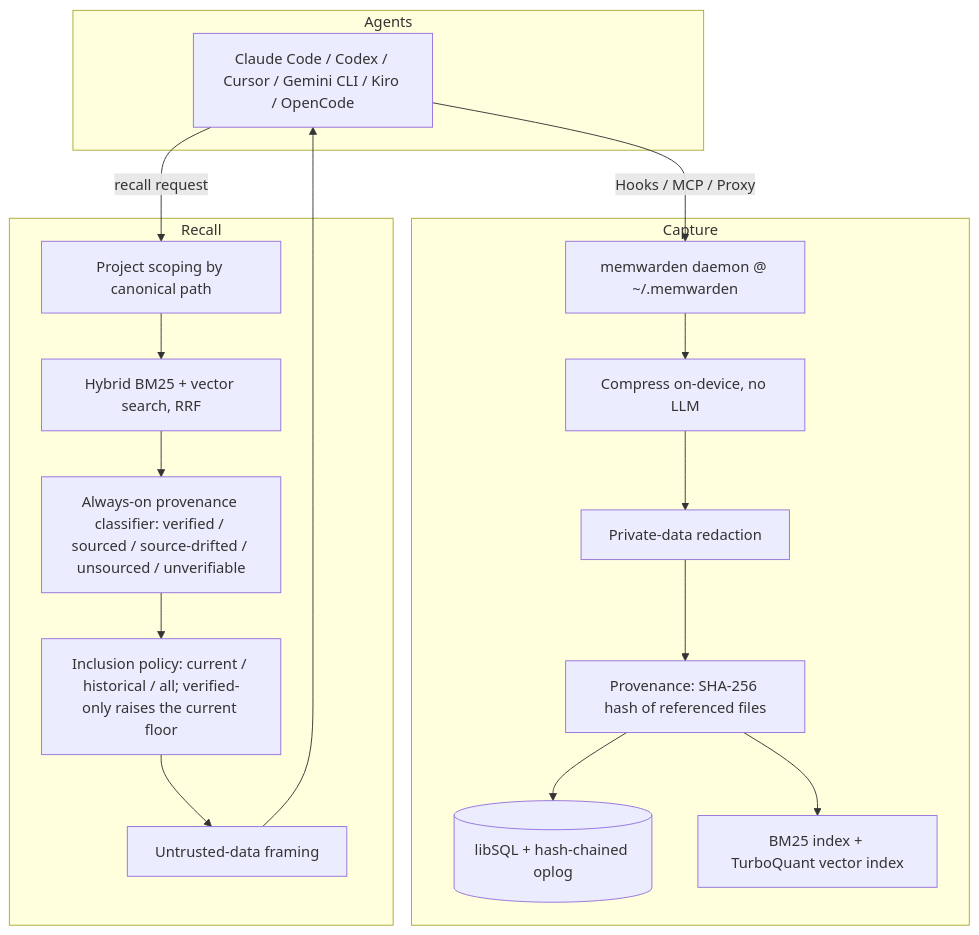
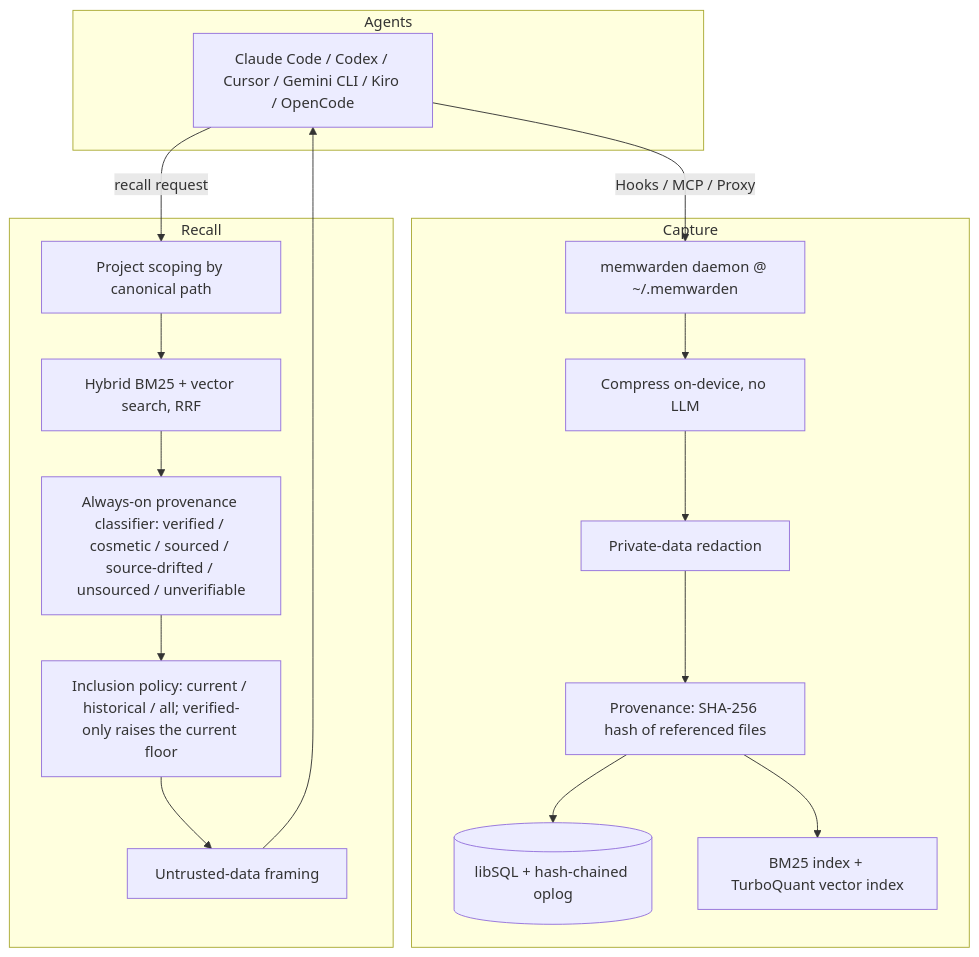
The diagram in docs/architecture.md (saiyam1814/memwarden), drawn with Mermaid before and after one commit. The commit also changed other lines of this file and 33 other files, not shown here.

````diff
--- a/docs/architecture.md
+++ b/docs/architecture.md
@@ -5,24 +5,24 @@
 ```mermaid
 flowchart TB
   subgraph Agents
     A1[Claude Code / Codex / Cursor / Gemini CLI / Kiro / OpenCode]
   end
   A1 -->|Hooks / MCP / Proxy| D[memwarden daemon @ ~/.memwarden]
 
   subgraph Capture
     D --> C1[Compress on-device, no LLM]
     C1 --> C2[Private-data redaction]
     C2 --> C3[Provenance: SHA-256 hash of referenced files]
     C3 --> ST[(libSQL + hash-chained oplog)]
     C3 --> IX[BM25 index + TurboQuant vector index]
   end
 
   subgraph Recall
     A1 -->|recall request| R1[Project scoping by canonical path]
     R1 --> R2[Hybrid BM25 + vector search, RRF]
-    R2 --> R3[Always-on provenance classifier: verified / sourced / source-drifted / unsourced / unverifiable]
+    R2 --> R3[Always-on provenance classifier: verified / cosmetic / sourced / source-drifted / unsourced / unverifiable]
     R3 --> R4[Inclusion policy: current / historical / all; verified-only raises the current floor]
     R4 --> R5[Untrusted-data framing]
     R5 --> A1
   end
 ```
````
